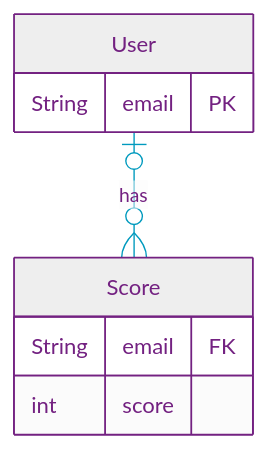
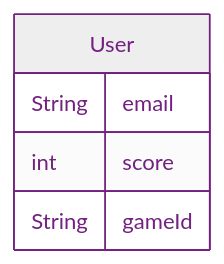
The diagram in uml/erd.md (null-0ne/COSA-195-Gamehub), drawn with Mermaid before and after one commit. The commit also changed 5 other files, not shown here.

````diff
--- a/uml/erd.md
+++ b/uml/erd.md
@@ -3,23 +3,22 @@
 ```mermaid
 %%{init:{"securityLevel":"loose","layout":"elk","elk":{"nodePlacementStrategy":"NETWORK_SIMPLEX"},"theme":"base",
 "themeVariables":{"primaryColor":"#EEE","primaryTextColor":"#732181","primaryBorderColor":"#732181","lineColor":"#009ABE","noteBorderColor":"#732181","noteBkgColor":"#F38A00","activationBkgColor":"#F38A00"    }
 }}%%
 %%----------------------- MERMAID MARKUP BELOW --------------------%%
 erDiagram
-    Score {
-      String email FK
-      int score
 
-    }
+
 
     User {
-      String email PK
+      String email
+      int score
+      String gameId
     }
 
 
     %% Relationships
-    User o|--O{ Score : "has"
+
 
 
 %%----------------------- MERMAID MARKUP ABOVE --------------------%%
 ```
````
